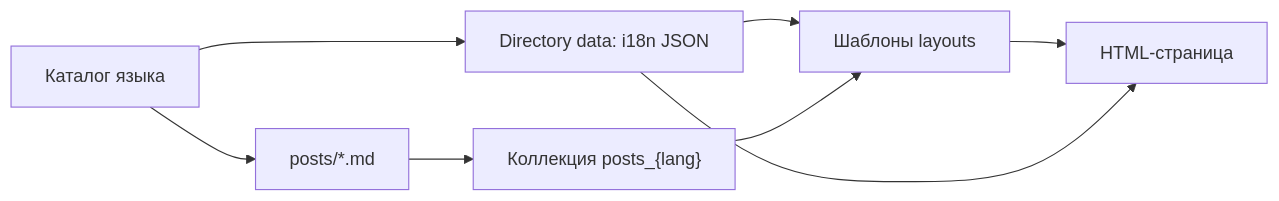
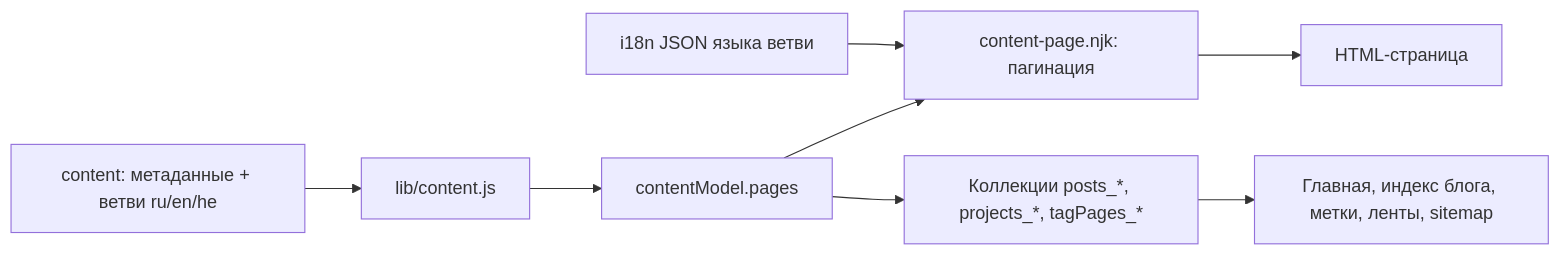
The second of 3 diagrams in docs/analysis.md (maxiller/zyatnin.me), drawn with Mermaid before and after one commit. The commit also changed other lines of this file and 246 other files, not shown here.

First line of the commit message:
feat: store a page in one content file with three language branches (SRS 1.18)

````diff
--- a/docs/analysis.md
+++ b/docs/analysis.md
@@ -148,10 +136,10 @@
 ```mermaid
 flowchart LR
-    LANG["Каталог языка"] --> DD["Directory data: i18n JSON"]
-    LANG --> POSTS["posts/*.md"]
-    DD --> LAYOUT["Шаблоны layouts"]
-    POSTS --> COLL["Коллекция posts_{lang}"]
-    COLL --> LAYOUT
-    LAYOUT --> PAGE["HTML-страница"]
-    DD --> PAGE
+    FILE["content: метаданные + ветви ru/en/he"] --> PARSE["lib/content.js"]
+    PARSE --> PAGES["contentModel.pages"]
+    PAGES --> TPL["content-page.njk: пагинация"]
+    DD["i18n JSON языка ветви"] --> TPL
+    TPL --> PAGE["HTML-страница"]
+    PAGES --> COLL["Коллекции posts_*, projects_*, tagPages_*"]
+    COLL --> LISTS["Главная, индекс блога, метки, ленты, sitemap"]
 ```
````
